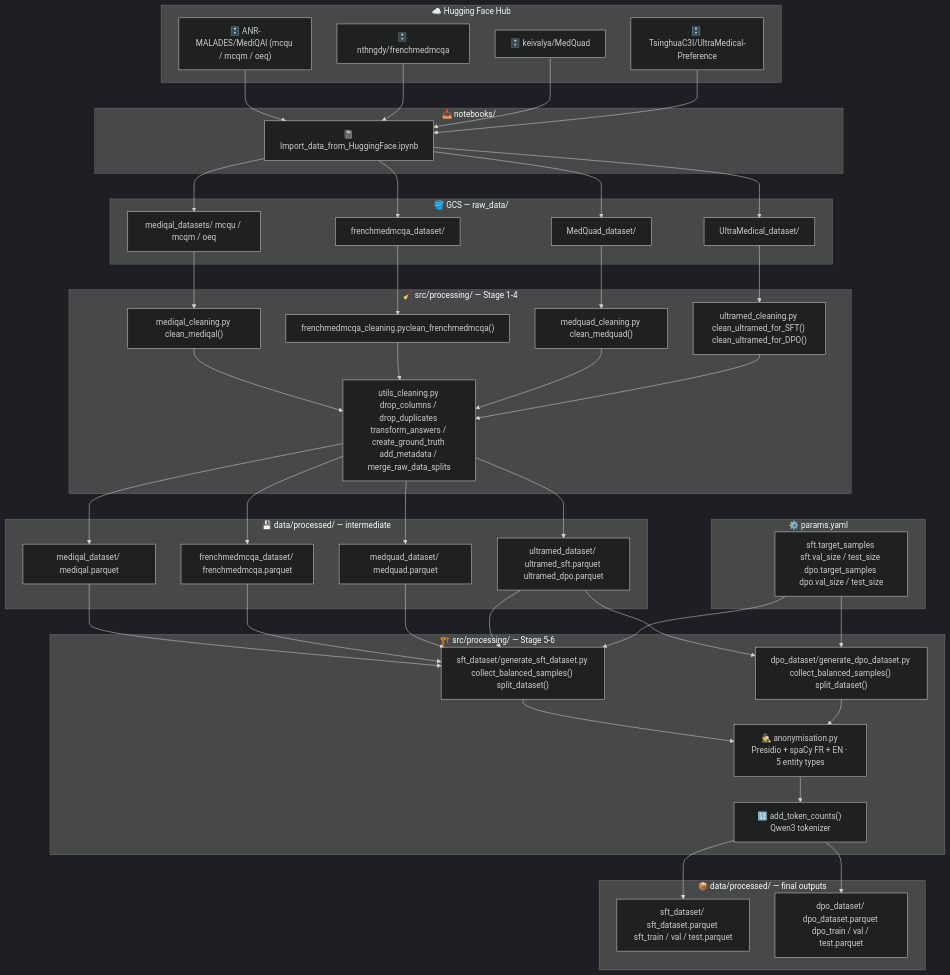
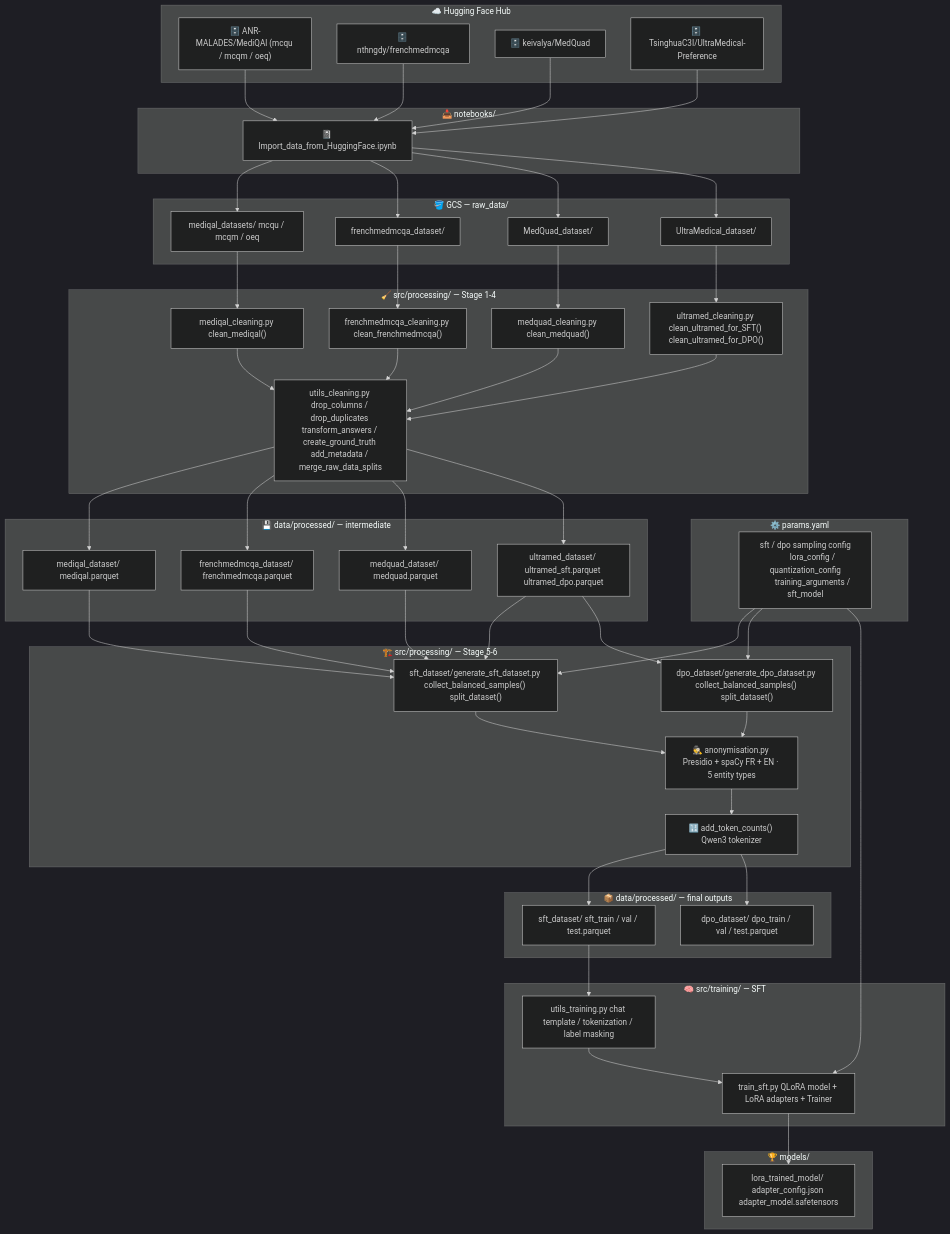
One commit to RandomFab/medical-triage-llm-finetuning changed the diagram in README.md. Above: the diagram before and after it, drawn with Mermaid (dark theme). The commit also changed other lines of this file and 1 other file, not shown here.

First line of the commit message:
docs(sft): document QLoRA training pipeline and results in README and report

````diff
--- a/README.md
+++ b/README.md
@@ -76,12 +102,14 @@
     end
 
     subgraph Params ["⚙️ params.yaml"]
-        P["sft.target_samples sft.val_size / test_size dpo.target_samples dpo.val_size / test_size"]
+        P["sft / dpo sampling config
+        lora_config / quantization_config
+        training_arguments / sft_model"]
     end
 
     subgraph Cleaning ["🧹 src/processing/ — Stage 1-4"]
         J["mediqal_cleaning.py clean_mediqal()"]
-        K["frenchmedmcqa_cleaning.pyclean_frenchmedmcqa()"]
+        K["frenchmedmcqa_cleaning.py clean_frenchmedmcqa()"]
         L["medquad_cleaning.py clean_medquad()"]
         M["ultramed_cleaning.py clean_ultramed_for_SFT() clean_ultramed_for_DPO()"]
         U["utils_cleaning.py drop_columns / drop_duplicates transform_answers / create_ground_truth add_metadata / merge_raw_data_splits"]
@@ -102,8 +130,17 @@
     end
 
     subgraph Final ["📦 data/processed/ — final outputs"]
-        SF["sft_dataset/ sft_dataset.parquet sft_train / val / test.parquet"]
-        DF["dpo_dataset/ dpo_dataset.parquet dpo_train / val / test.parquet"]
+        SF["sft_dataset/ sft_train / val / test.parquet"]
+        DF["dpo_dataset/ dpo_train / val / test.parquet"]
+    end
+
+    subgraph Training ["🧠 src/training/ — SFT"]
+        UT["utils_training.py chat template / tokenization / label masking"]
+        TR["train_sft.py QLoRA model + LoRA adapters + Trainer"]
+    end
+
+    subgraph Models ["🏆 models/"]
+        LM["lora_trained_model/ adapter_config.json adapter_model.safetensors"]
     end
 
     A --> E
@@ -133,9 +170,13 @@
     R --> T
     P --> S
     P --> T
+    P --> TR
     S --> ANON
     T --> ANON
     ANON --> TOK
     TOK --> SF
     TOK --> DF
+    SF --> UT
+    UT --> TR
+    TR --> LM
 ```
````
